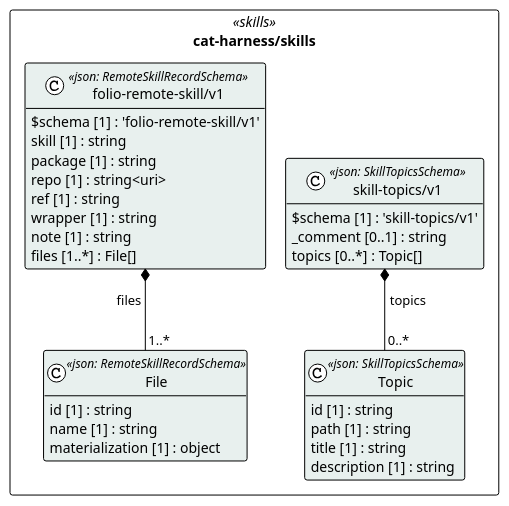
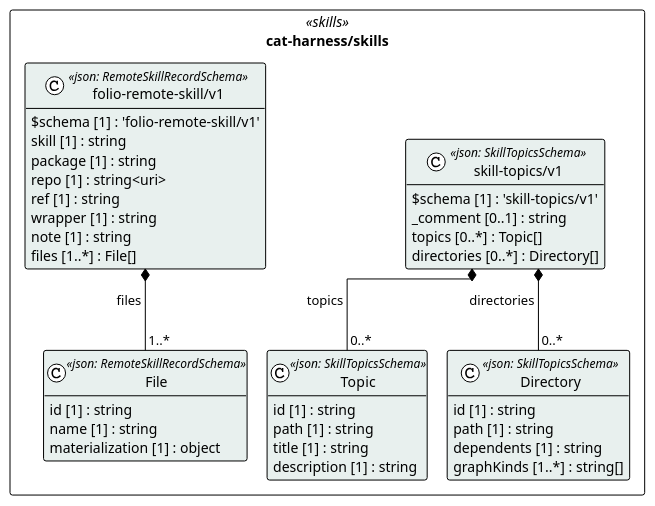
Before and after one commit to litlfred/folio-assistant: the diagram in cat-harness/uml/overview/cat-harness/skills.puml, drawn with PlantUML. The commit also changed 93 other files, not shown here.

```diff
--- a/cat-harness/uml/overview/cat-harness/skills.puml
+++ b/cat-harness/uml/overview/cat-harness/skills.puml
@@ -3,40 +3,48 @@
 @startuml cat_harness_skills
 !pragma layout elk
 !theme plain
 skinparam classAttributeIconSize 0
 skinparam shadowing false
 skinparam packageStyle rectangle
 hide empty methods
 
 package "cat-harness/skills" as pkg_cat_harness_skills <<skills>> {
   class "File" as cat_harness_skills_folio_remote_skill_v1_File <<json: RemoteSkillRecordSchema>> #e8f0ee {
     id [1] : string
     name [1] : string
     materialization [1] : object
   }
   class "folio-remote-skill/v1" as cat_harness_skills_folio_remote_skill_v1_folio_remote_skill_v1 <<json: RemoteSkillRecordSchema>> #e8f0ee {
     $schema [1] : 'folio-remote-skill/v1'
     skill [1] : string
     package [1] : string
     repo [1] : string<uri>
     ref [1] : string
     wrapper [1] : string
     note [1] : string
     files [1..*] : File[]
   }
   class "Topic" as cat_harness_skills_skill_topics_v1_Topic <<json: SkillTopicsSchema>> #e8f0ee {
     id [1] : string
     path [1] : string
     title [1] : string
     description [1] : string
   }
+  class "Directory" as cat_harness_skills_skill_topics_v1_Directory <<json: SkillTopicsSchema>> #e8f0ee {
+    id [1] : string
+    path [1] : string
+    dependents [1] : string
+    graphKinds [1..*] : string[]
+  }
   class "skill-topics/v1" as cat_harness_skills_skill_topics_v1_skill_topics_v1 <<json: SkillTopicsSchema>> #e8f0ee {
     $schema [1] : 'skill-topics/v1'
     _comment [0..1] : string
     topics [0..*] : Topic[]
+    directories [0..*] : Directory[]
   }
 }
 
 cat_harness_skills_folio_remote_skill_v1_folio_remote_skill_v1 *-- "1..*" cat_harness_skills_folio_remote_skill_v1_File : files
 cat_harness_skills_skill_topics_v1_skill_topics_v1 *-- "0..*" cat_harness_skills_skill_topics_v1_Topic : topics
+cat_harness_skills_skill_topics_v1_skill_topics_v1 *-- "0..*" cat_harness_skills_skill_topics_v1_Directory : directories
 @enduml
```
